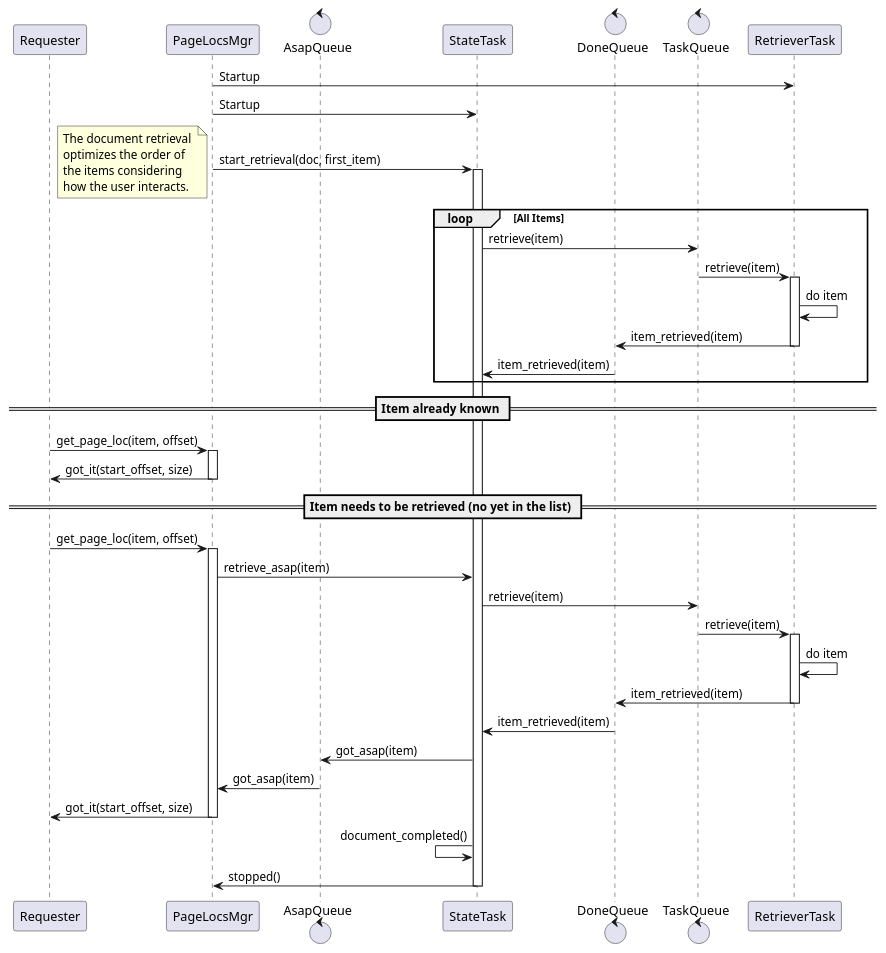
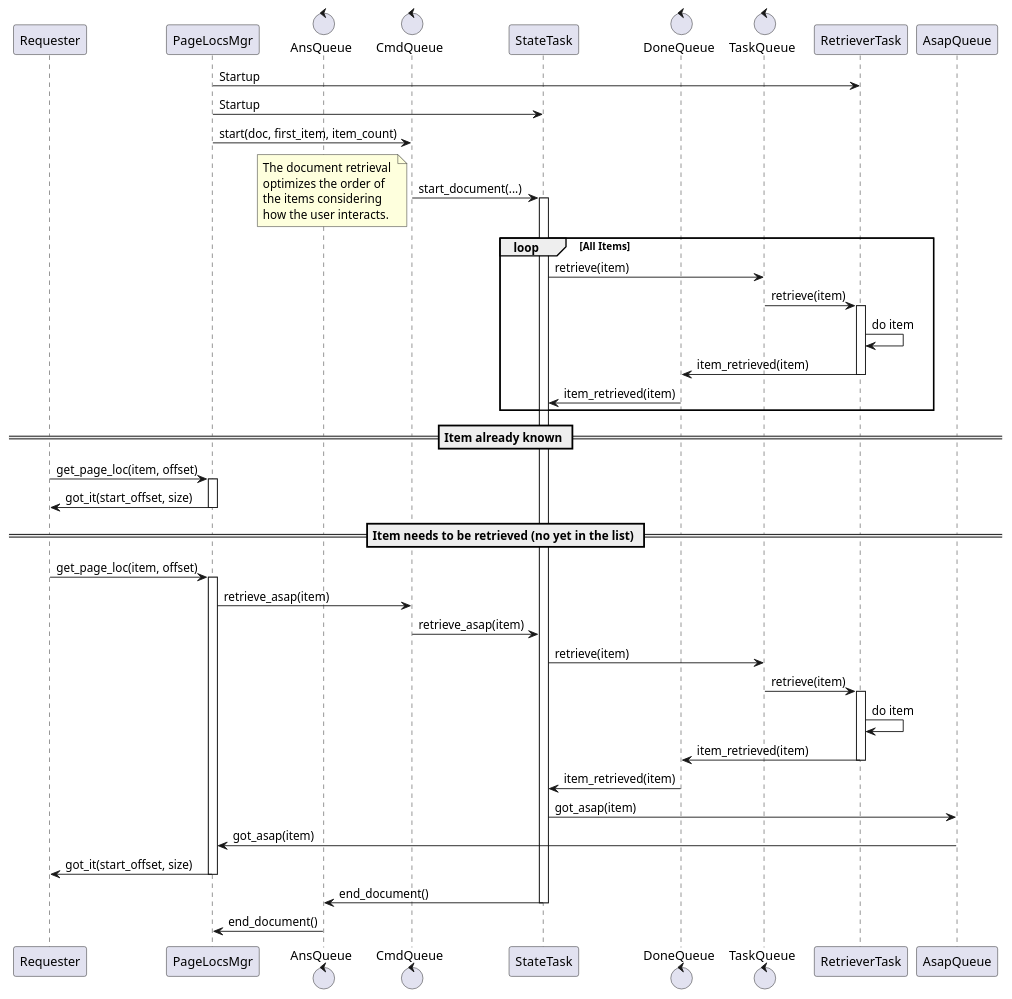
Before and after one commit to turgu1/EPub-InkPlate: the diagram in doc/uml/page_locs V2.pu, drawn with PlantUML. The commit also changed 4 other files, not shown here.

Commit message:
Platformio.ini update, page_locs design

```diff
--- a/doc/uml/page_locs V2.pu
+++ b/doc/uml/page_locs V2.pu
@@ -1,62 +1,66 @@
 @startuml
   participant Requester
   participant PageLocsMgr
-  control AsapQueue
+  control AnsQueue
+  control CmdQueue
   participant StateTask
   control DoneQueue
   control TaskQueue
   participant RetrieverTask
 
   RetrieverTask   <- PageLocsMgr : Startup
   StateTask       <- PageLocsMgr : Startup
 
-  StateTask       <- PageLocsMgr : start_retrieval(doc, first_item)
+  CmdQueue        <- PageLocsMgr : start(doc, first_item, item_count)
+  CmdQueue        -> StateTask : start_document(...)
   activate StateTask
 
   note left
     The document retrieval 
     optimizes the order of 
     the items considering
     how the user interacts.
   end note
   loop All Items
     StateTask     -> TaskQueue : retrieve(item)
     TaskQueue     -> RetrieverTask : retrieve(item)
     activate RetrieverTask
     RetrieverTask -> RetrieverTask : do item
     DoneQueue     <- RetrieverTask : item_retrieved(item)
     deactivate RetrieverTask
     StateTask     <- DoneQueue : item_retrieved(item)
   end
 
   == Item already known ==
-  Requester      -> PageLocsMgr: get_page_loc(item, offset)
+  Requester       -> PageLocsMgr: get_page_loc(item, offset)
   activate PageLocsMgr
 
-  Requester      <- PageLocsMgr: got_it(start_offset, size)
+  Requester       <- PageLocsMgr: got_it(start_offset, size)
   deactivate PageLocsMgr
 
   == Item needs to be retrieved (no yet in the list) ==
 
-  Requester     -> PageLocsMgr: get_page_loc(item, offset)
+  Requester       -> PageLocsMgr: get_page_loc(item, offset)
   activate PageLocsMgr
-  PageLocsMgr   -> StateTask : retrieve_asap(item)
+  PageLocsMgr     -> CmdQueue : retrieve_asap(item)
+  CmdQueue        -> StateTask : retrieve_asap(item)
 
-  StateTask     -> TaskQueue : retrieve(item)
-  TaskQueue     -> RetrieverTask : retrieve(item)
+  StateTask       -> TaskQueue : retrieve(item)
+  TaskQueue       -> RetrieverTask : retrieve(item)
   activate RetrieverTask
-  RetrieverTask -> RetrieverTask : do item
-  DoneQueue     <- RetrieverTask : item_retrieved(item)
+  RetrieverTask   -> RetrieverTask : do item
+  DoneQueue       <- RetrieverTask : item_retrieved(item)
   deactivate RetrieverTask
-  StateTask     <- DoneQueue : item_retrieved(item)
+  StateTask       <- DoneQueue : item_retrieved(item)
 
 
-  AsapQueue     <- StateTask : got_asap(item)
-  PageLocsMgr   <- AsapQueue : got_asap(item)
-  Requester     <- PageLocsMgr : got_it(start_offset, size) 
+  AsapQueue       <- StateTask : got_asap(item)
+  PageLocsMgr     <- AsapQueue : got_asap(item)
+  Requester       <- PageLocsMgr : got_it(start_offset, size) 
   deactivate PageLocsMgr
 
-  StateTask     <- StateTask : document_completed()
-  PageLocsMgr   <- StateTask : stopped()
+  AnsQueue        <- StateTask : end_document()
   deactivate StateTask
+  PageLocsMgr     <- AnsQueue : end_document()
+  
 @enduml
```
